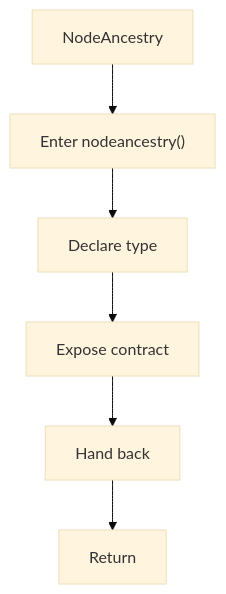
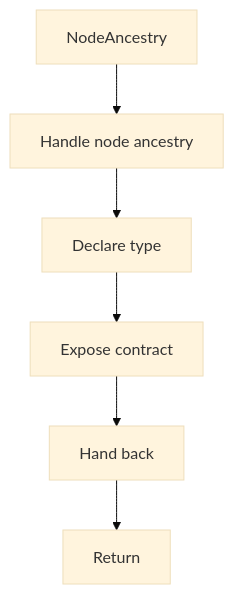
One commit to JohnAndrewBalbarosa/NeoTerritory changed the diagram in docs/Codebase/Microservice/Modules/Header/SyntacticBrokenAST/HashingMechanism/HashLinks/Flow/functions/nodeancestry.hpp.md. Above: the diagram before and after it, drawn with Mermaid (base theme). The commit also changed other lines of this file and 915 other files, not shown here.

````diff
--- a/docs/Codebase/Microservice/Modules/Header/SyntacticBrokenAST/HashingMechanism/HashLinks/Flow/functions/nodeancestry.hpp.md
+++ b/docs/Codebase/Microservice/Modules/Header/SyntacticBrokenAST/HashingMechanism/HashLinks/Flow/functions/nodeancestry.hpp.md
@@ -16,14 +16,14 @@
 ```mermaid
 flowchart TD
     Start["NodeAncestry"]
-    N0["Enter nodeancestry()"]
+    N0["Handle node ancestry"]
     N1["Declare type"]
     N2["Expose contract"]
     N3["Hand back"]
     End["Return"]
     Start --> N0
     N0 --> N1
     N1 --> N2
     N2 --> N3
     N3 --> End
 ```
````
